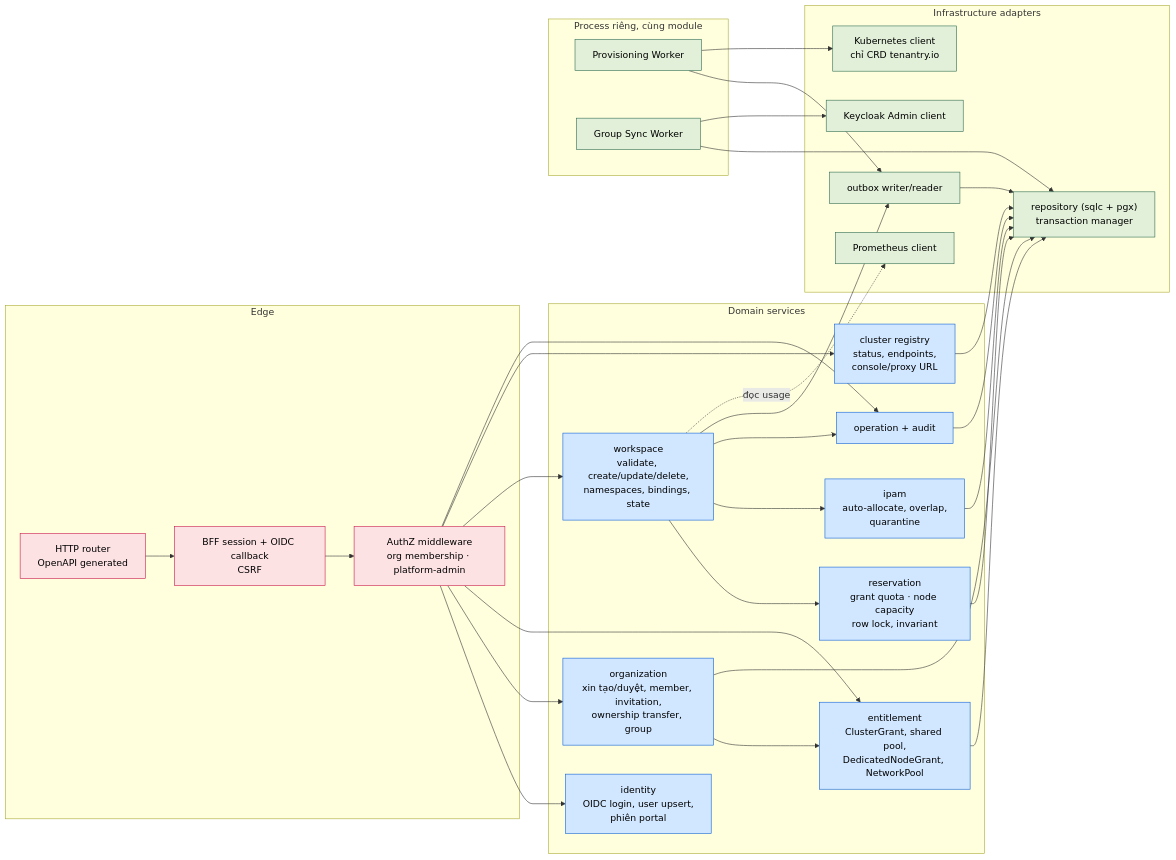
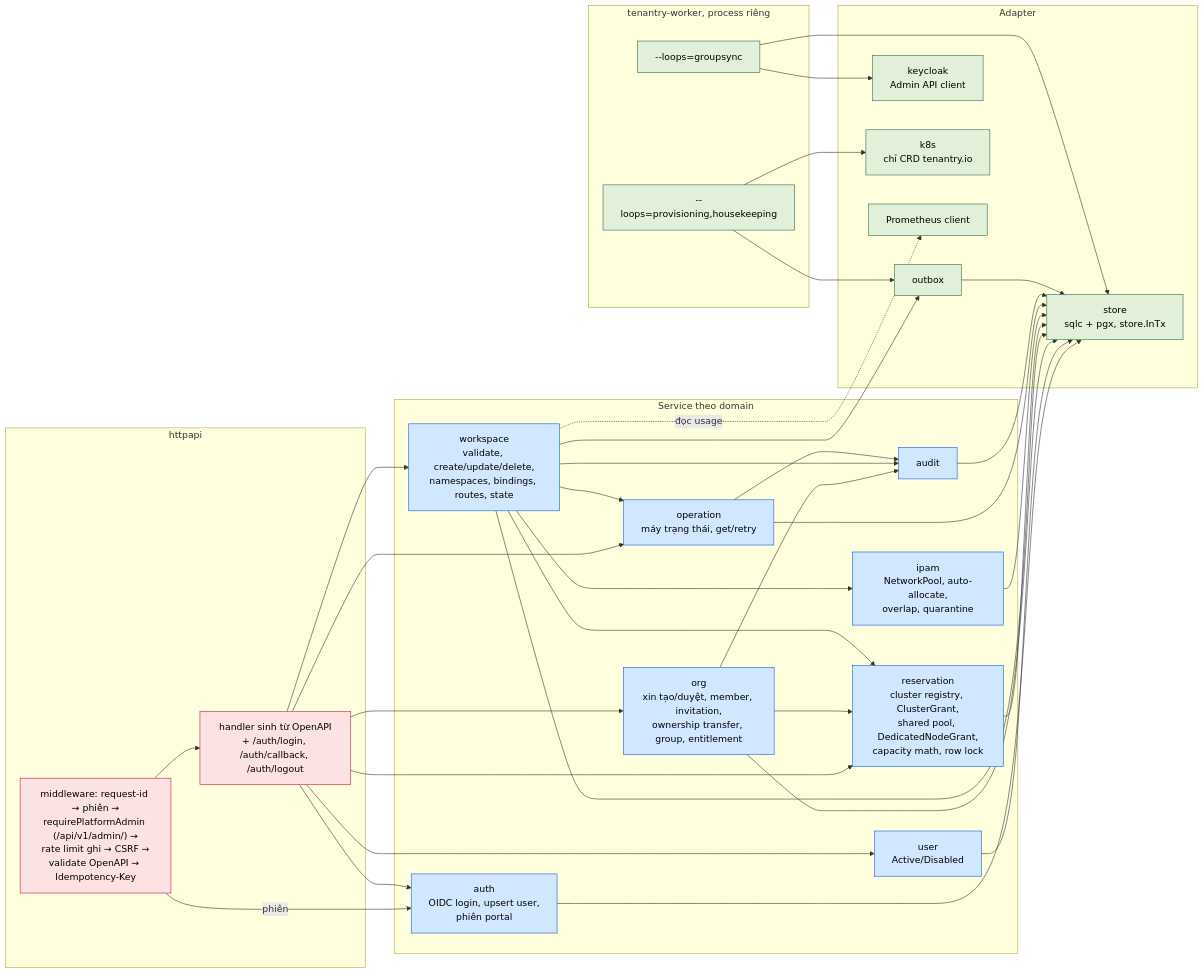
One commit to thaihoc1310/tenantry changed the fourth of 5 diagrams in docs/architecture/01-system-context.md. Above: the diagram before and after it, drawn with Mermaid. The commit also changed other lines of this file and 14 other files, not shown here.

Commit message:
docs: full review of M0-M12 with org slugs without hyphens, one shared quota per Workspace, tenant RoleBinding and network admission policies, kube-proxy local detection by interface, in-app ownership transfer, missing endpoints, and demo numbers that fit the lab

````diff
--- a/docs/architecture/01-system-context.md
+++ b/docs/architecture/01-system-context.md
@@ -197,56 +203,51 @@
 ```mermaid
 flowchart LR
   classDef edge fill:#fde2e4,stroke:#c9184a,color:#000
   classDef mod fill:#d1e7ff,stroke:#0b5ed7,color:#000
   classDef infra fill:#e2f0d9,stroke:#2d6a4f,color:#000
 
-  subgraph Edge["Edge"]
-    HTTP["HTTP router<br/>OpenAPI generated"]:::edge
-    Sess["BFF session + OIDC callback<br/>CSRF"]:::edge
-    AuthZ["AuthZ middleware<br/>org membership · platform-admin"]:::edge
+  subgraph Edge["httpapi"]
+    MW["middleware: request-id → phiên →<br/>requirePlatformAdmin (/api/v1/admin/) →<br/>rate limit ghi → CSRF →<br/>validate OpenAPI → Idempotency-Key"]:::edge
+    HTTP["handler sinh từ OpenAPI<br/>+ /auth/login, /auth/callback, /auth/logout"]:::edge
   end
 
-  subgraph Domain["Domain services"]
-    Identity["identity<br/>OIDC login, user upsert,<br/>phiên portal"]:::mod
-    Org["organization<br/>xin tạo/duyệt, member, invitation,<br/>ownership transfer, group"]:::mod
-    Ent["entitlement<br/>ClusterGrant, shared pool,<br/>DedicatedNodeGrant, NetworkPool"]:::mod
-    WS["workspace<br/>validate, create/update/delete,<br/>namespaces, bindings, state"]:::mod
-    Res["reservation<br/>grant quota · node capacity<br/>row lock, invariant"]:::mod
-    IPAM["ipam<br/>auto-allocate, overlap,<br/>quarantine"]:::mod
-    Ops["operation + audit"]:::mod
-    Cluster["cluster registry<br/>status, endpoints,<br/>console/proxy URL"]:::mod
+  subgraph Domain["Service theo domain"]
+    Auth["auth<br/>OIDC login, upsert user,<br/>phiên portal"]:::mod
+    User["user<br/>Active/Disabled"]:::mod
+    Org["org<br/>xin tạo/duyệt, member, invitation,<br/>ownership transfer, group, entitlement"]:::mod
+    WS["workspace<br/>validate, create/update/delete,<br/>namespaces, bindings, routes, state"]:::mod
+    Res["reservation<br/>cluster registry, ClusterGrant,<br/>shared pool, DedicatedNodeGrant,<br/>capacity math, row lock"]:::mod
+    IPAM["ipam<br/>NetworkPool, auto-allocate,<br/>overlap, quarantine"]:::mod
+    Ops["operation<br/>máy trạng thái, get/retry"]:::mod
+    Audit["audit"]:::mod
   end
 
-  subgraph Infra["Infrastructure adapters"]
-    Repo["repository (sqlc + pgx)<br/>transaction manager"]:::infra
-    Outbox["outbox writer/reader"]:::infra
-    KCc["Keycloak Admin client"]:::infra
-    K8sc["Kubernetes client<br/>chỉ CRD tenantry.io"]:::infra
+  subgraph Infra["Adapter"]
+    Store["store<br/>sqlc + pgx, store.InTx"]:::infra
+    Outbox["outbox"]:::infra
+    KCc["keycloak<br/>Admin API client"]:::infra
+    K8sc["k8s<br/>chỉ CRD tenantry.io"]:::infra
     Prom["Prometheus client"]:::infra
   end
 
-  HTTP --> Sess --> AuthZ
-  AuthZ --> Identity & Org & Ent & WS & Cluster & Ops
+  MW --> HTTP
+  MW -->|"phiên"| Auth
+  HTTP --> Auth & User & Org & WS & Res & Ops
+  Org --> Res
   WS --> Res
   WS --> IPAM
   WS --> Ops
-  Res --> Repo
-  IPAM --> Repo
   WS --> Outbox
-  Org --> Ent
-  Ops --> Repo
-  Org --> Repo
-  Ent --> Repo
-  Cluster --> Repo
-  Outbox --> Repo
+  Org & WS & Ops --> Audit
+  Auth & User & Org & WS & Res & IPAM & Ops & Audit & Outbox --> Store
   WS -.->|"đọc usage"| Prom
 
-  subgraph Workers["Process riêng, cùng module"]
-    PW["Provisioning Worker"]:::infra
-    GS["Group Sync Worker"]:::infra
+  subgraph Workers["tenantry-worker, process riêng"]
+    PW["--loops=provisioning,housekeeping"]:::infra
+    GS["--loops=groupsync"]:::infra
   end
   PW --> Outbox
   PW --> K8sc
-  GS --> Repo
+  GS --> Store
   GS --> KCc
 ```
````
